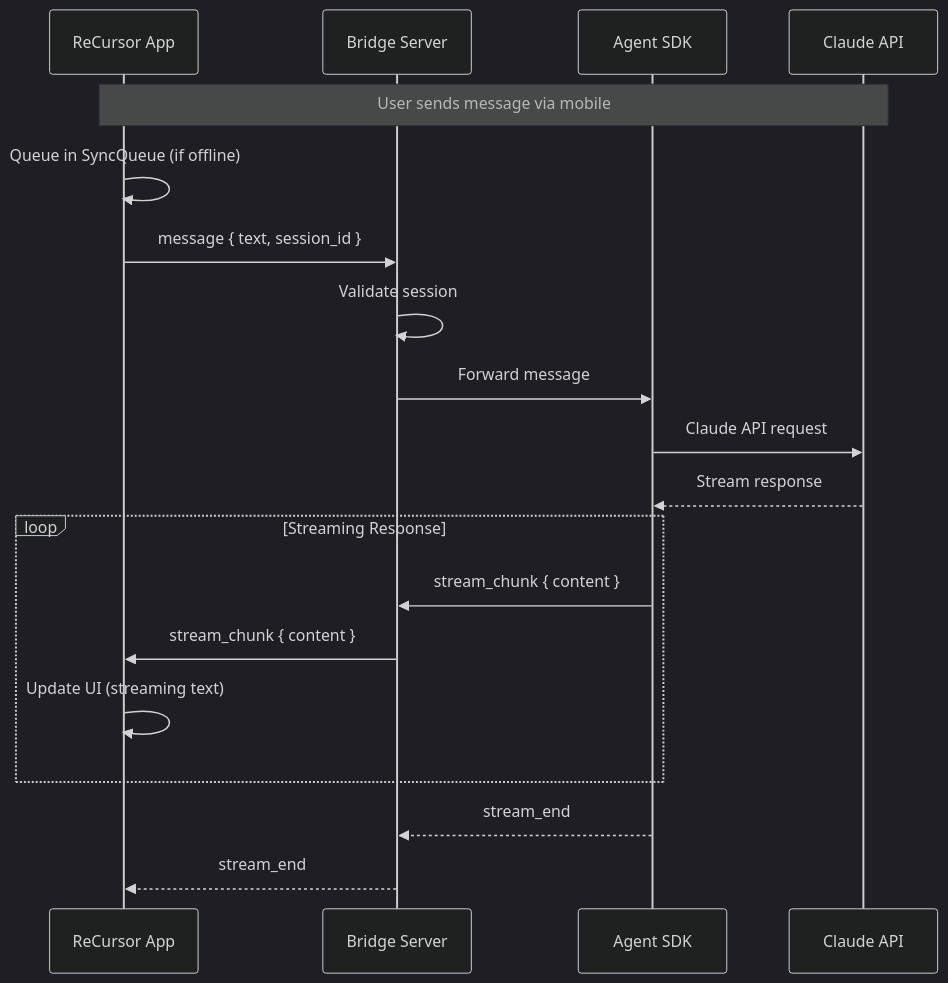
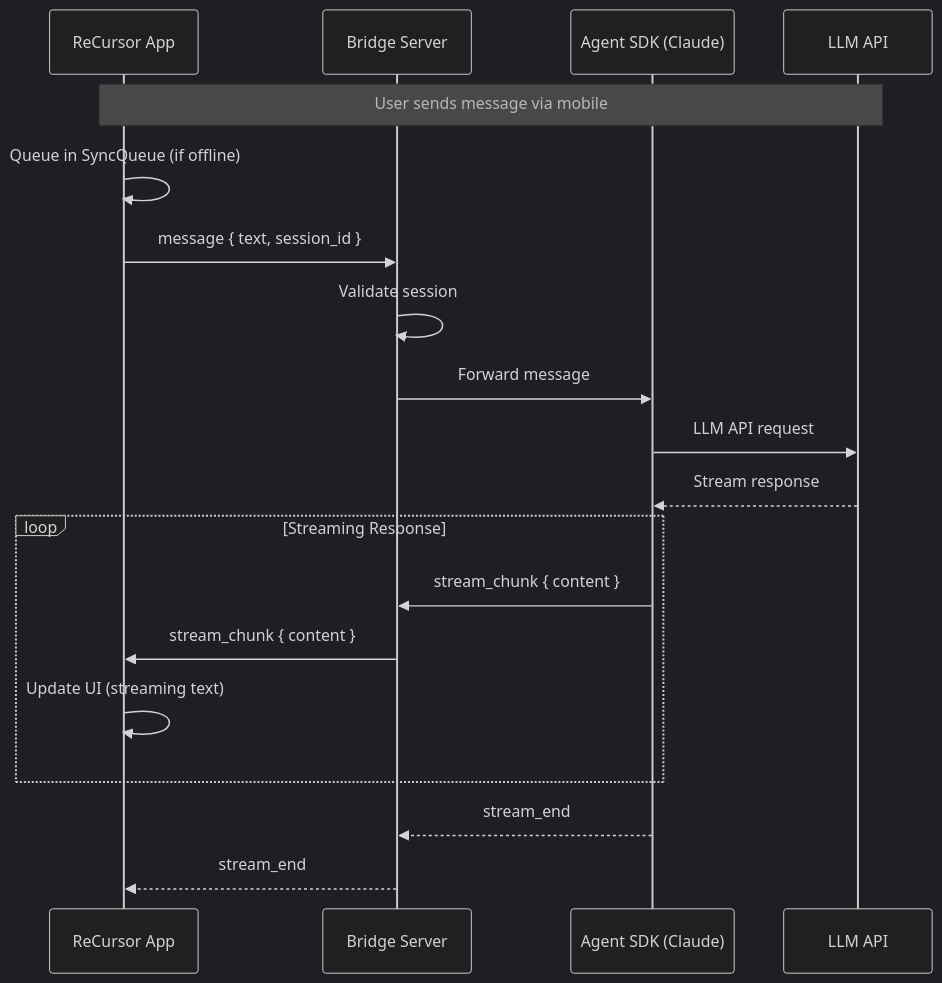
Before and after one commit to RecursiveDev/ReCursor: the second of 6 diagrams in docs/architecture/data-flow.md, drawn with Mermaid (dark theme). The commit also changed other lines of this file and 11 other files, not shown here.

First line of the commit message:
docs: update documentation for multi-agent architecture vision

````diff
--- a/docs/architecture/data-flow.md
+++ b/docs/architecture/data-flow.md
@@ -35,24 +35,24 @@
 ```mermaid
 sequenceDiagram
     participant Mobile as ReCursor App
     participant Bridge as Bridge Server
-    participant Agent as Agent SDK
-    participant API as Claude API
+    participant AgentSDK as Agent SDK (Claude)
+    participant API as LLM API
 
     Note over Mobile,API: User sends message via mobile
     Mobile->>Mobile: Queue in SyncQueue (if offline)
     Mobile->>Bridge: message { text, session_id }
     Bridge->>Bridge: Validate session
-    Bridge->>Agent: Forward message
-    Agent->>API: Claude API request
-    API-->>Agent: Stream response
+    Bridge->>AgentSDK: Forward message
+    AgentSDK->>API: LLM API request
+    API-->>AgentSDK: Stream response
 
     loop Streaming Response
-        Agent->>Bridge: stream_chunk { content }
+        AgentSDK->>Bridge: stream_chunk { content }
         Bridge->>Mobile: stream_chunk { content }
         Mobile->>Mobile: Update UI (streaming text)
     end
 
-    Agent-->>Bridge: stream_end
+    AgentSDK-->>Bridge: stream_end
     Bridge-->>Mobile: stream_end
 ```
````
